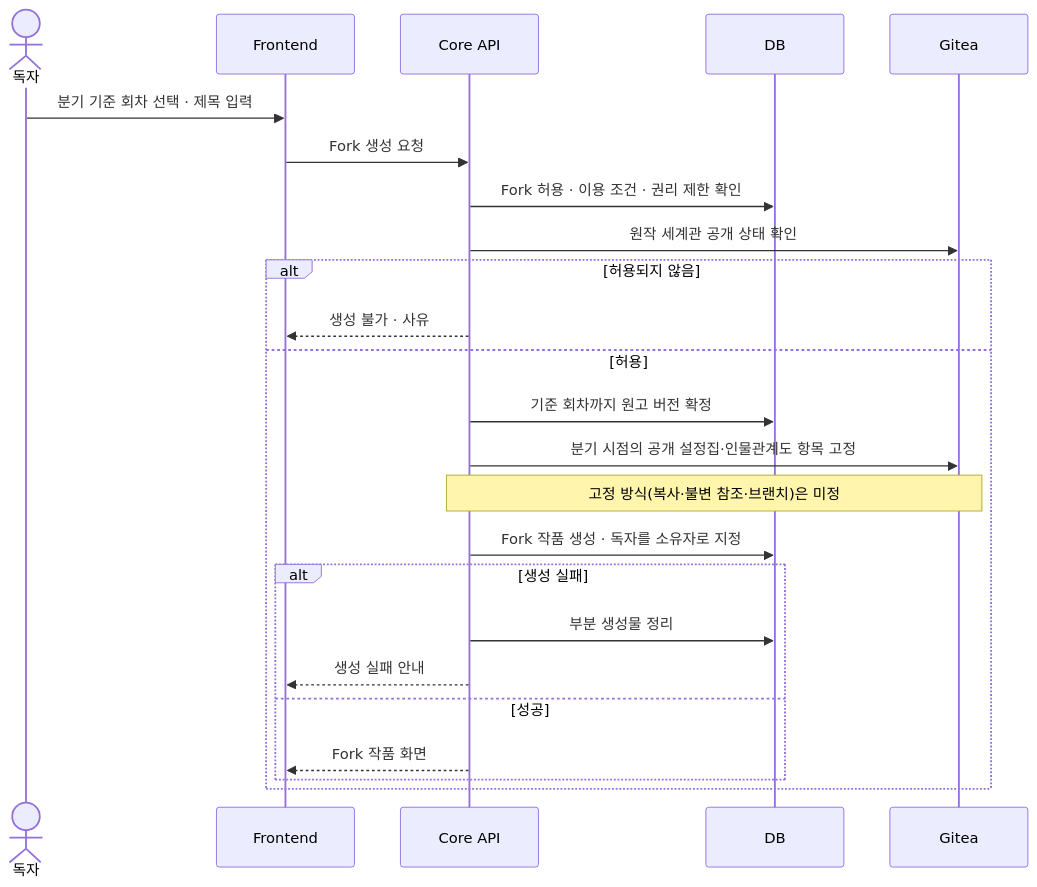
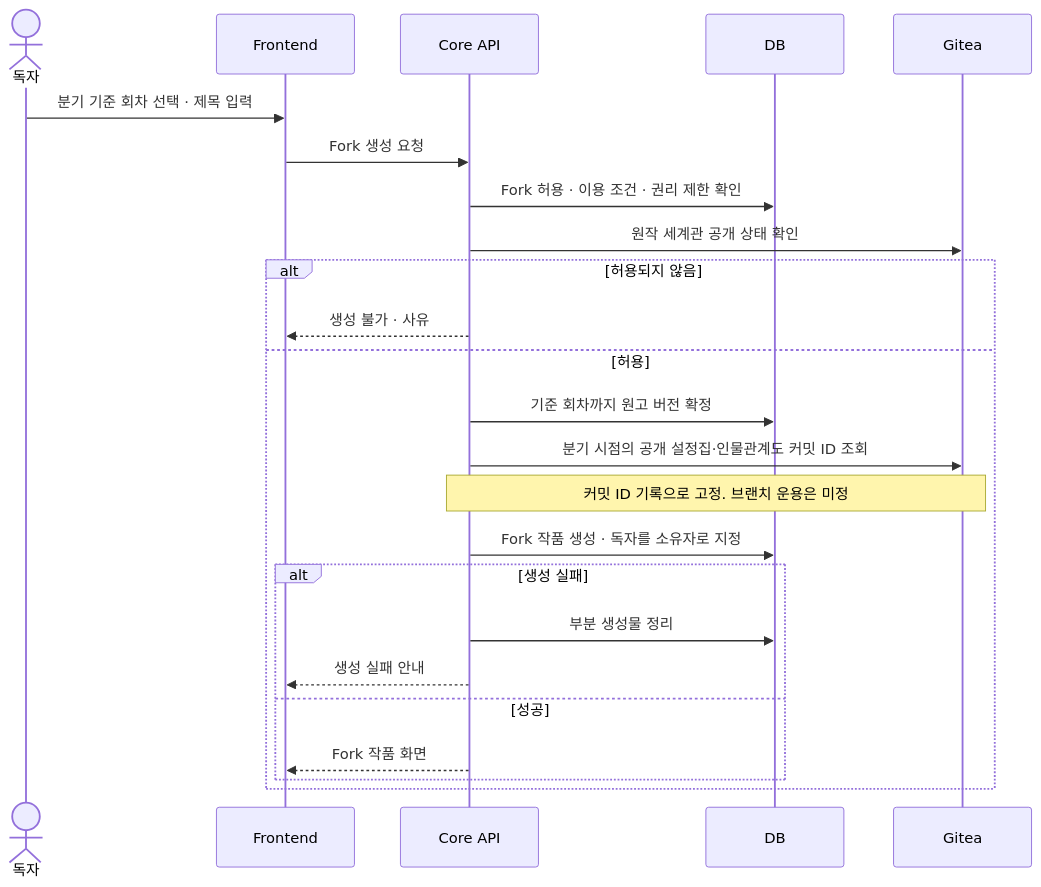
Before and after one commit to SKNETWORKS-FAMILY-AICAMP/SKN34-FINAL-4TEAM: the third of 4 diagrams in docs/diagrams/sequence.md, drawn with Mermaid. The commit also changed 7 other files, not shown here.

````diff
--- a/docs/diagrams/sequence.md
+++ b/docs/diagrams/sequence.md
@@ -70,26 +70,26 @@
 ```mermaid
 sequenceDiagram
   actor R as 독자
   participant FE as Frontend
   participant CO as Core API
   participant DB as DB
   participant GT as Gitea
   R->>FE: 분기 기준 회차 선택 · 제목 입력
   FE->>CO: Fork 생성 요청
   CO->>DB: Fork 허용 · 이용 조건 · 권리 제한 확인
   CO->>GT: 원작 세계관 공개 상태 확인
   alt 허용되지 않음
     CO-->>FE: 생성 불가 · 사유
   else 허용
     CO->>DB: 기준 회차까지 원고 버전 확정
-    CO->>GT: 분기 시점의 공개 설정집·인물관계도 항목 고정
-    Note over CO,GT: 고정 방식(복사·불변 참조·브랜치)은 미정
+    CO->>GT: 분기 시점의 공개 설정집·인물관계도 커밋 ID 조회
+    Note over CO,GT: 커밋 ID 기록으로 고정. 브랜치 운용은 미정
     CO->>DB: Fork 작품 생성 · 독자를 소유자로 지정
     alt 생성 실패
       CO->>DB: 부분 생성물 정리
       CO-->>FE: 생성 실패 안내
     else 성공
       CO-->>FE: Fork 작품 화면
     end
   end
 ```
````
